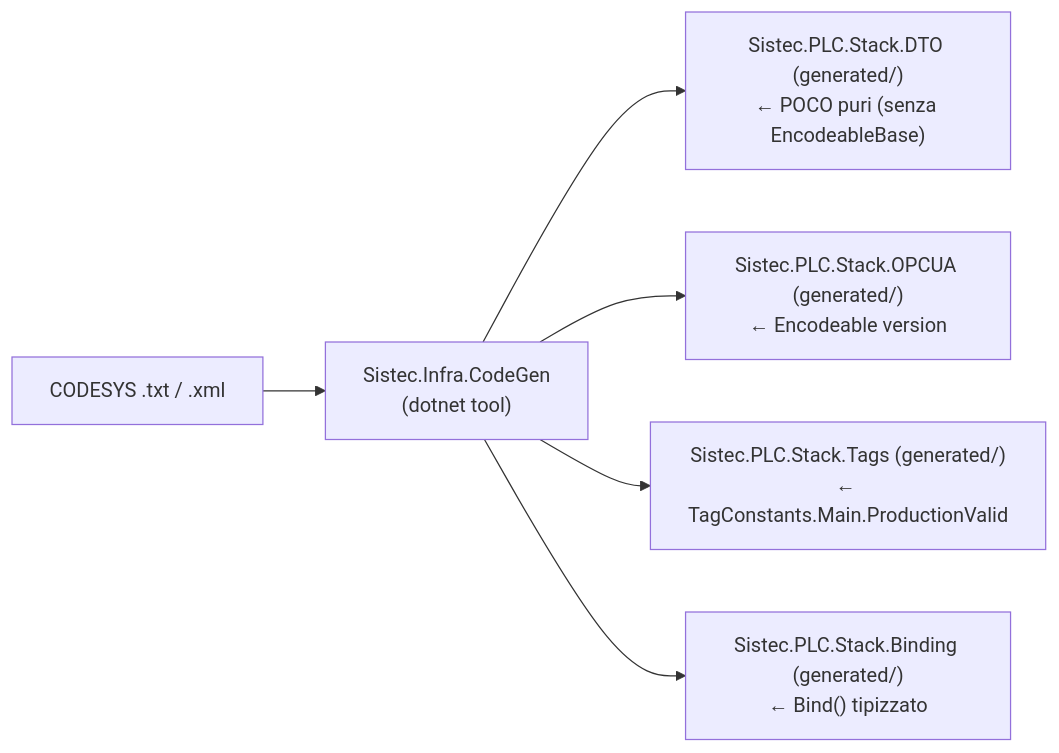
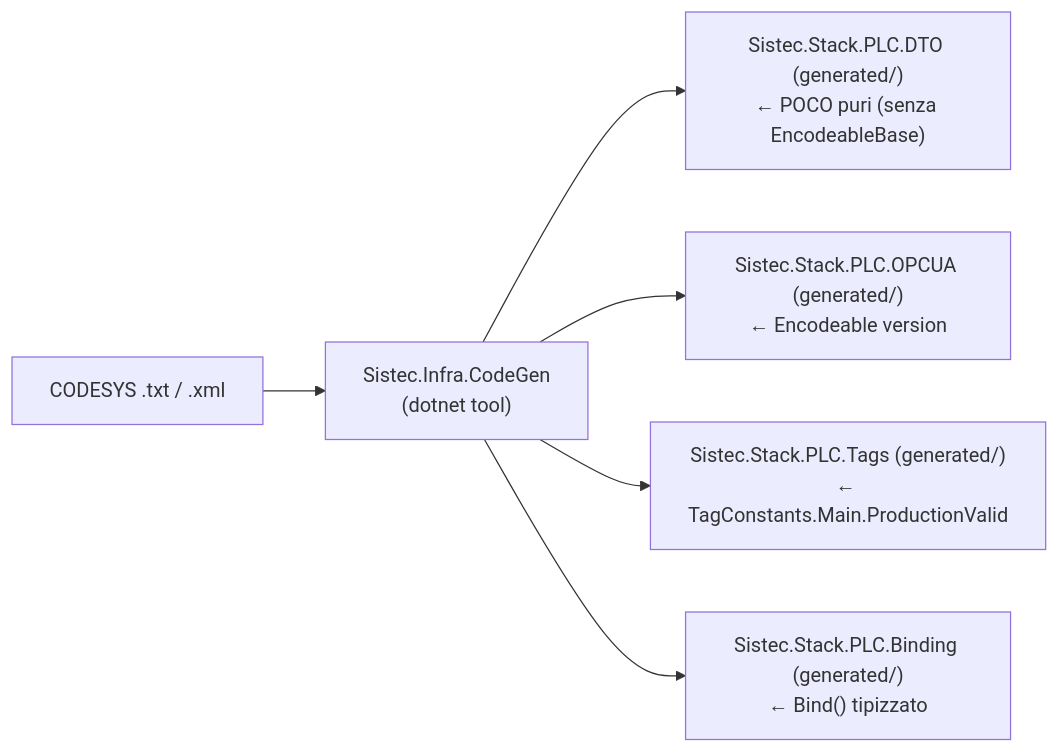
One commit to marc04AM/pellucida changed the ninth of 40 diagrams in analisi-unificata.md. Above: the diagram before and after it, drawn with Mermaid. The commit also changed other lines of this file and 1 other file, not shown here.

````diff
--- a/analisi-unificata.md
+++ b/analisi-unificata.md
@@ -607,8 +611,8 @@
 ```mermaid
 flowchart LR
     INPUT["CODESYS .txt / .xml"] --> GEN["Sistec.Infra.CodeGen<br/>(dotnet tool)"]
-    GEN --> POCO["Sistec.PLC.Stack.DTO (generated/)<br/>← POCO puri (senza EncodeableBase)"]
-    GEN --> OPCENC["Sistec.PLC.Stack.OPCUA (generated/)<br/>← Encodeable version"]
-    GEN --> TAGS["Sistec.PLC.Stack.Tags (generated/)<br/>← TagConstants.Main.ProductionValid"]
-    GEN --> BIND["Sistec.PLC.Stack.Binding (generated/)<br/>← Bind() tipizzato"]
+    GEN --> POCO["Sistec.Stack.PLC.DTO (generated/)<br/>← POCO puri (senza EncodeableBase)"]
+    GEN --> OPCENC["Sistec.Stack.PLC.OPCUA (generated/)<br/>← Encodeable version"]
+    GEN --> TAGS["Sistec.Stack.PLC.Tags (generated/)<br/>← TagConstants.Main.ProductionValid"]
+    GEN --> BIND["Sistec.Stack.PLC.Binding (generated/)<br/>← Bind() tipizzato"]
 ```
````
